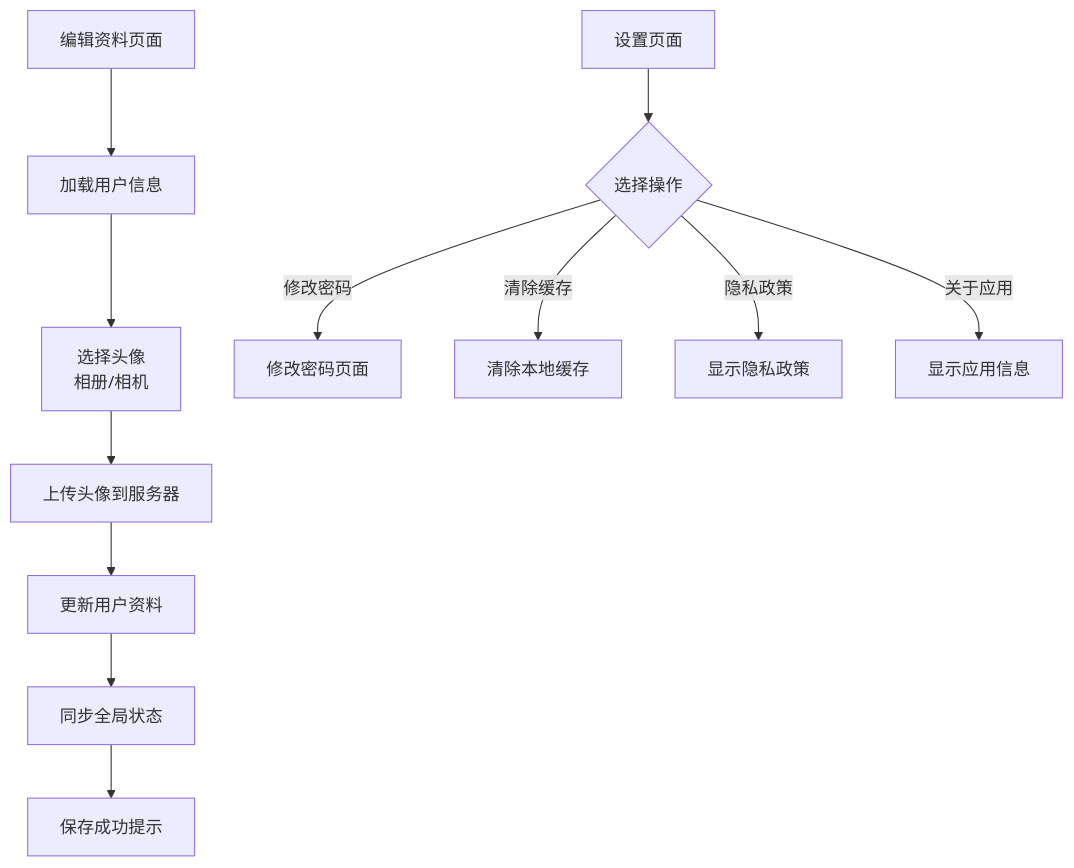
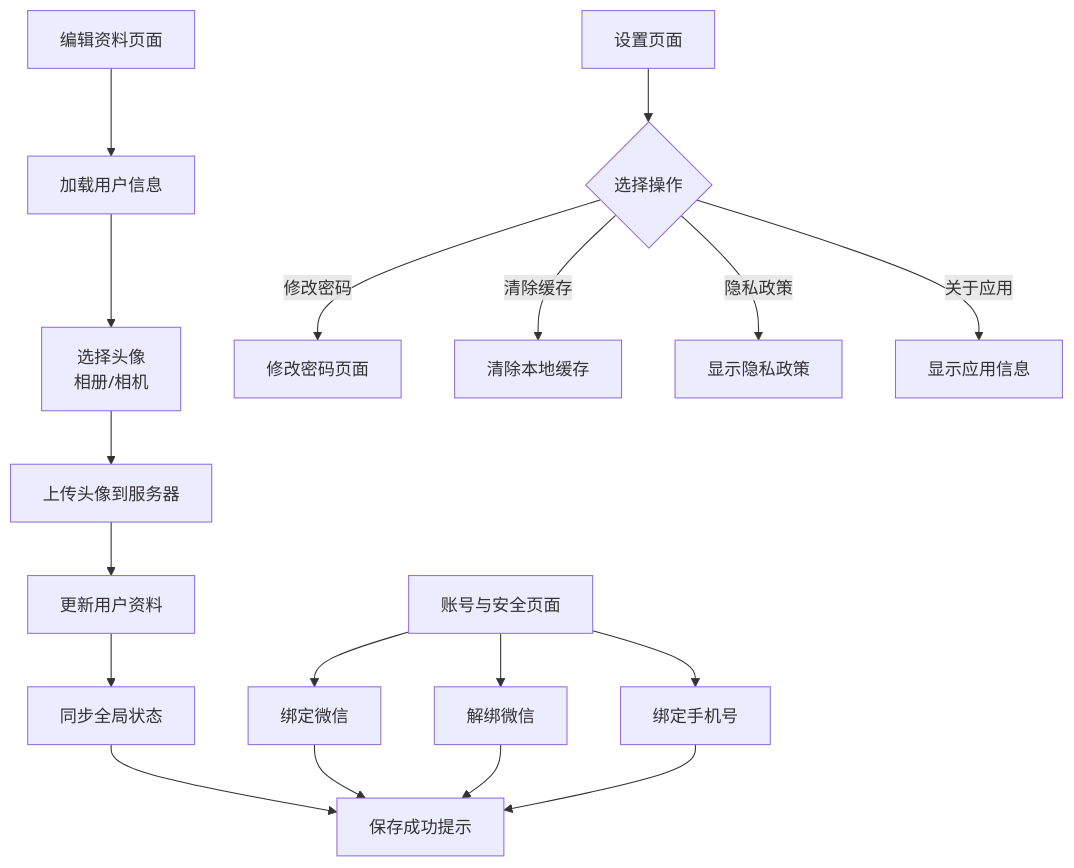
The seventh of 13 diagrams in .qoder/repowiki/zh/content/微信小程序开发/微信小程序开发.md (lsqwawa/free-dress), drawn with Mermaid before and after one commit. The commit also changed other lines of this file and 71 other files, not shown here.

````diff
--- a/.qoder/repowiki/zh/content/微信小程序开发/微信小程序开发.md
+++ b/.qoder/repowiki/zh/content/微信小程序开发/微信小程序开发.md
@@ -370,14 +437,20 @@
 ```mermaid
 flowchart TD
 EditProfile["编辑资料页面"] --> Load["加载用户信息"]
 Load --> ChooseAvatar["选择头像<br/>相册/相机"]
 ChooseAvatar --> Upload["上传头像到服务器"]
 Upload --> Update["更新用户资料"]
 Update --> Sync["同步全局状态"]
 Sync --> Success["保存成功提示"]
 Settings["设置页面"] --> Actions{"选择操作"}
 Actions --> |修改密码| ChangePwd["修改密码页面"]
 Actions --> |清除缓存| ClearCache["清除本地缓存"]
 Actions --> |隐私政策| Privacy["显示隐私政策"]
 Actions --> |关于应用| About["显示应用信息"]
+AccountSecurity["账号与安全页面"] --> BindWechat["绑定微信"]
+AccountSecurity --> UnbindWechat["解绑微信"]
+AccountSecurity --> BindPhone["绑定手机号"]
+BindWechat --> Success
+UnbindWechat --> Success
+BindPhone --> Success
 ```
````
